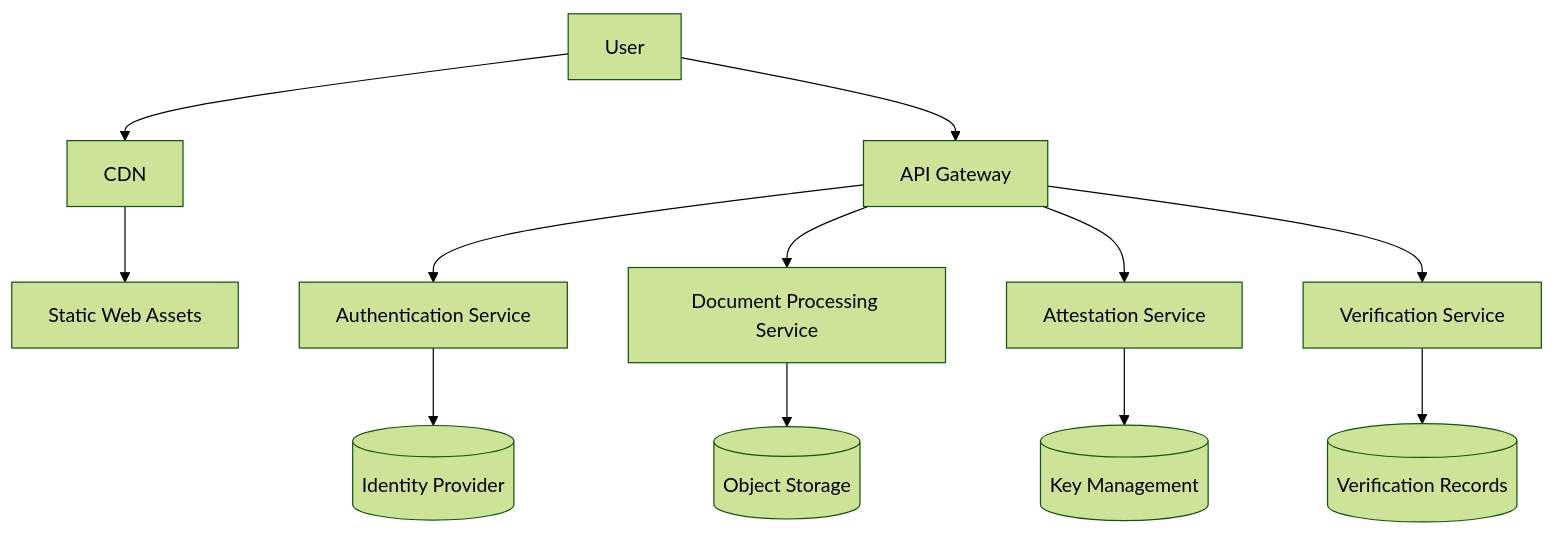
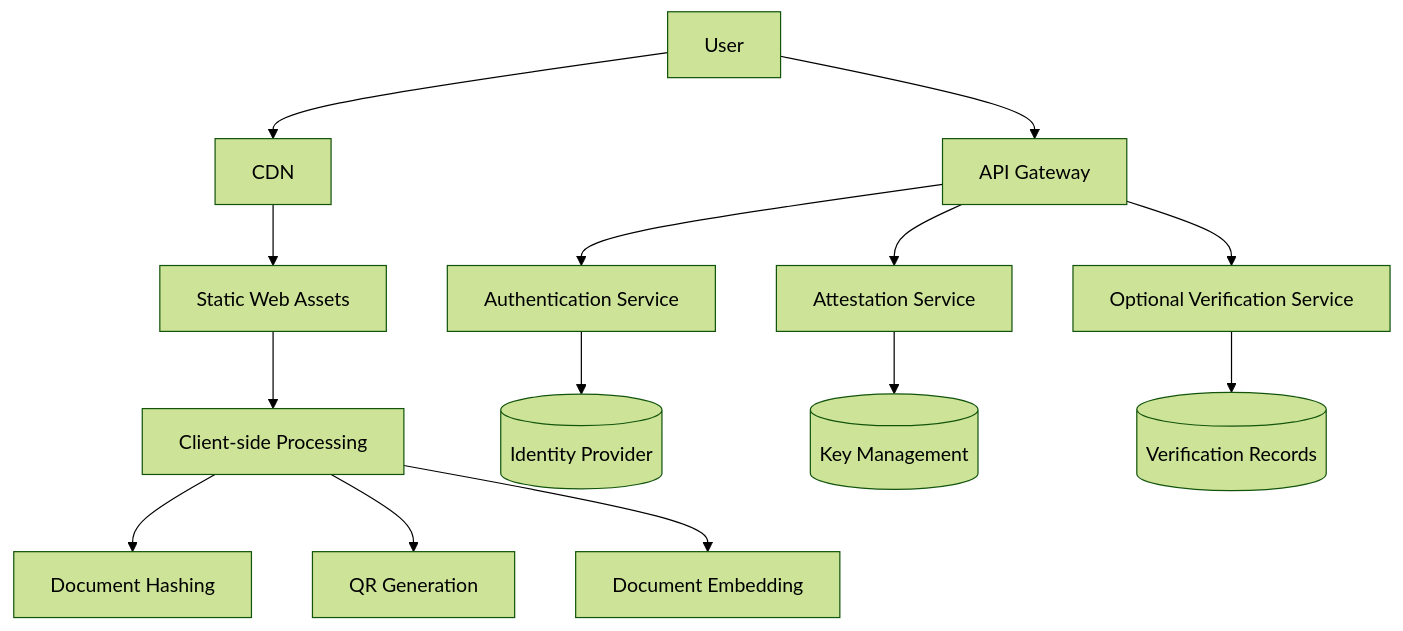
One commit to seal-codes/webapp changed the seventh of 7 diagrams in ARCHITECTURE.md. Above: the diagram before and after it, drawn with Mermaid (forest theme). The commit also changed other lines of this file, not shown here.

Commit message:
Update architecture to emphasize client-side document processing for privacy

````diff
--- a/ARCHITECTURE.md
+++ b/ARCHITECTURE.md
@@ -208,15 +232,18 @@
 ```mermaid
 flowchart TD
     A[User] --> B[CDN]
     B --> C[Static Web Assets]
-    A --> D[API Gateway]
-    D --> E[Authentication Service]
-    D --> F[Document Processing Service]
-    D --> G[Attestation Service]
-    D --> H[Verification Service]
+    C --> D[Client-side Processing]
+    D --> D1[Document Hashing]
+    D --> D2[QR Generation]
+    D --> D3[Document Embedding]
     
-    E --> I[(Identity Provider)]
-    F --> J[(Object Storage)]
-    G --> K[(Key Management)]
-    H --> L[(Verification Records)]
+    A --> E[API Gateway]
+    E --> F[Authentication Service]
+    E --> G[Attestation Service]
+    E --> H[Optional Verification Service]
+    
+    F --> I[(Identity Provider)]
+    G --> J[(Key Management)]
+    H --> K[(Verification Records)]
 ```
````
